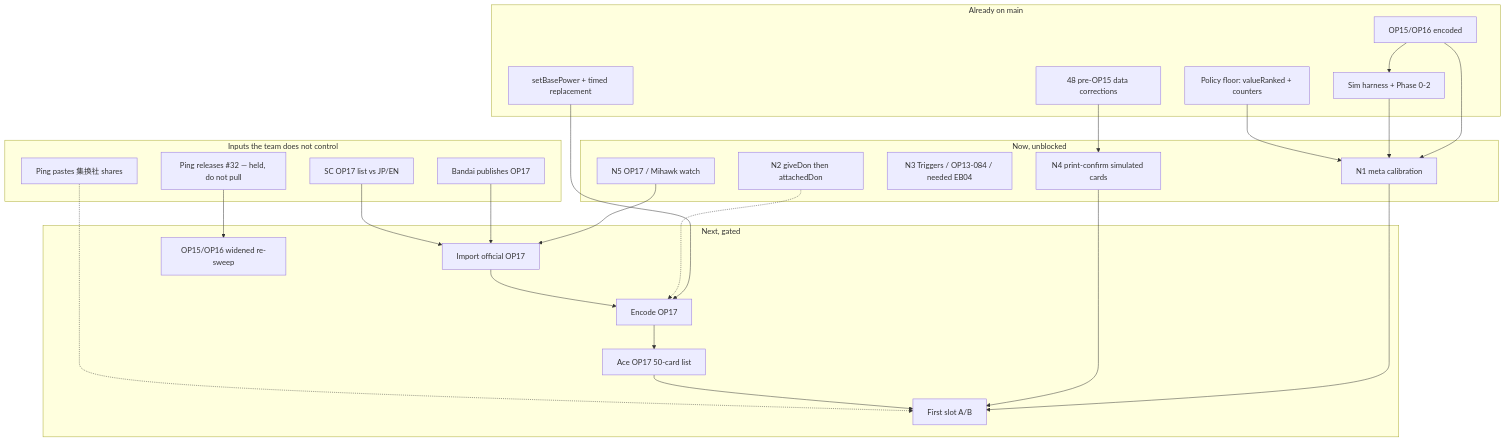
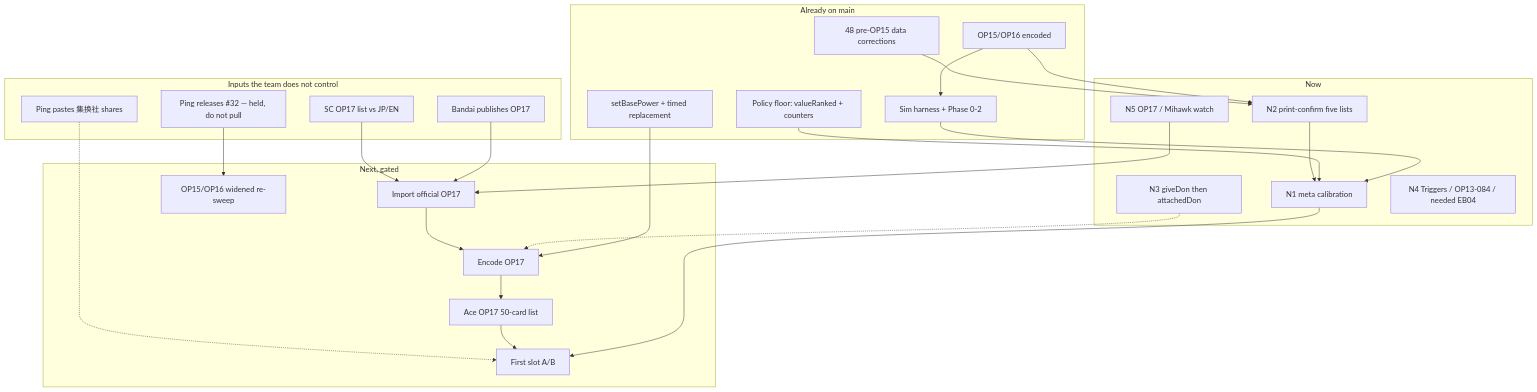
Before and after one commit to Casval0093/OPCG-Go: the diagram in docs/roadmap/path.md, drawn with Mermaid. The commit also changed other lines of this file and 3 other files, not shown here.

First line of the commit message:
Lock Now #2 print-confirm as the gate on first calibration.

````diff
--- a/docs/roadmap/path.md
+++ b/docs/roadmap/path.md
@@ -23,51 +23,51 @@
 ```mermaid
 flowchart TD
   subgraph inputs [Inputs the team does not control]
     Bandai[Bandai publishes OP17]
     PingField[Ping pastes 集换社 shares]
     Ping32["Ping releases #32 — held, do not pull"]
     SCList[SC OP17 list vs JP/EN]
   end
 
   subgraph have [Already on main]
     Enc1516[OP15/OP16 encoded]
     SBP[setBasePower + timed replacement]
     Harness[Sim harness + Phase 0-2]
     Floor[Policy floor: valueRanked + counters]
     Data48[48 pre-OP15 data corrections]
   end
 
-  subgraph nowWork [Now, unblocked]
+  subgraph nowWork [Now]
+    Print[N2 print-confirm five lists]
     Cal[N1 meta calibration]
-    Prim[N2 giveDon then attachedDon]
-    Trig[N3 Triggers / OP13-084 / needed EB04]
-    Print[N4 print-confirm simulated cards]
+    Prim[N3 giveDon then attachedDon]
+    Trig[N4 Triggers / OP13-084 / needed EB04]
     Watch[N5 OP17 / Mihawk watch]
   end
 
   subgraph nextWork [Next, gated]
     Imp[Import official OP17]
     Ace17[Ace OP17 50-card list]
     Enc17[Encode OP17]
     Slot[First slot A/B]
     Sweep32[OP15/OP16 widened re-sweep]
   end
 
-  Enc1516 --> Cal
+  Enc1516 --> Print
   Enc1516 --> Harness
   SBP --> Enc17
   Harness --> Cal
   Floor --> Cal
   Data48 --> Print
+  Print --> Cal
   Cal --> Slot
-  Print --> Slot
   Prim -.-> Enc17
   Watch --> Imp
   Bandai --> Imp
   Imp --> Enc17
   Enc17 --> Ace17
   Ace17 --> Slot
   PingField -.-> Slot
   SCList --> Imp
   Ping32 --> Sweep32
 ```
````
